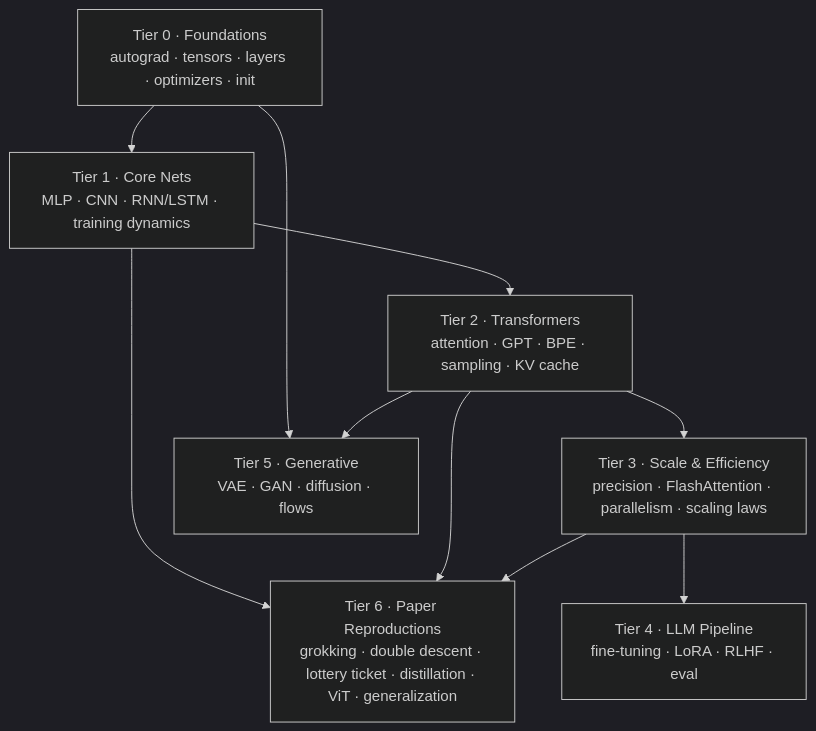
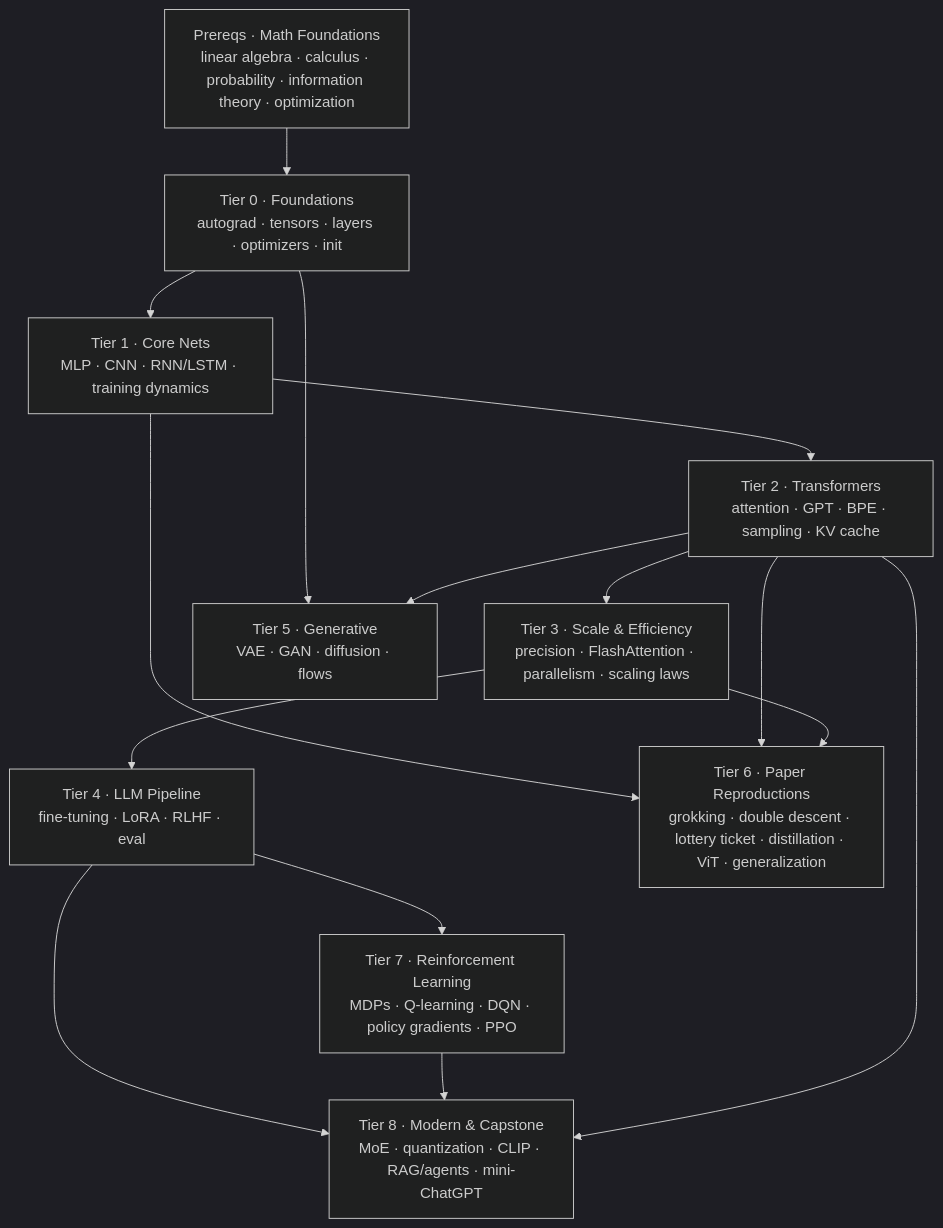
Before and after one commit to shiva-shivanibokka/All-about-Neural-Networks: the diagram in README.md, drawn with Mermaid (dark theme). The commit also changed other lines of this file and 5 other files, not shown here.

First line of the commit message:
Add Tier 8 (Modern Architectures + mini-ChatGPT capstone) and expand README

````diff
--- a/README.md
+++ b/README.md
@@ -130,17 +162,24 @@
 ```mermaid
 flowchart TD
+    M["Prereqs · Math Foundations<br/>linear algebra · calculus · probability · information theory · optimization"]
     T0["Tier 0 · Foundations<br/>autograd · tensors · layers · optimizers · init"]
     T1["Tier 1 · Core Nets<br/>MLP · CNN · RNN/LSTM · training dynamics"]
     T2["Tier 2 · Transformers<br/>attention · GPT · BPE · sampling · KV cache"]
     T3["Tier 3 · Scale & Efficiency<br/>precision · FlashAttention · parallelism · scaling laws"]
     T4["Tier 4 · LLM Pipeline<br/>fine-tuning · LoRA · RLHF · eval"]
     T5["Tier 5 · Generative<br/>VAE · GAN · diffusion · flows"]
     T6["Tier 6 · Paper Reproductions<br/>grokking · double descent · lottery ticket · distillation · ViT · generalization"]
+    T7["Tier 7 · Reinforcement Learning<br/>MDPs · Q-learning · DQN · policy gradients · PPO"]
+    T8["Tier 8 · Modern & Capstone<br/>MoE · quantization · CLIP · RAG/agents · mini-ChatGPT"]
 
-    T0 --> T1 --> T2 --> T3 --> T4
+    M --> T0 --> T1 --> T2 --> T3 --> T4
     T0 --> T5
     T2 --> T5
     T1 --> T6
     T2 --> T6
     T3 --> T6
+    T4 --> T7
+    T4 --> T8
+    T7 --> T8
+    T2 --> T8
 ```
````
